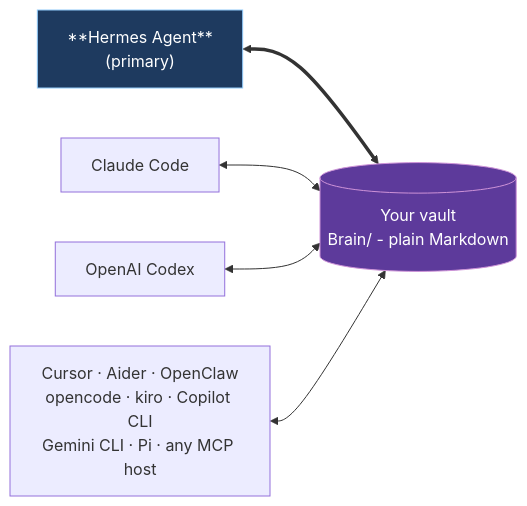
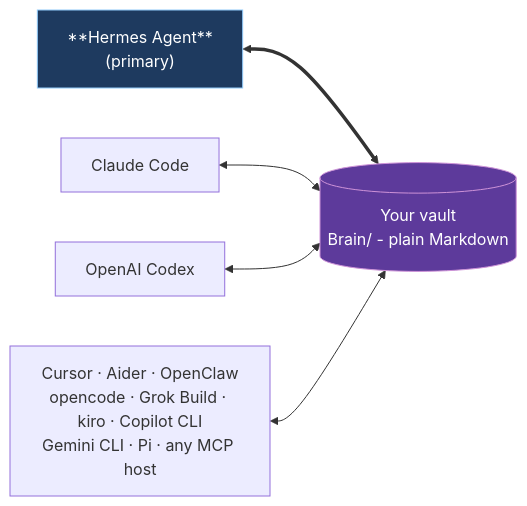
One commit to itechmeat/open-second-brain changed the diagram in README.md. Above: the diagram before and after it, drawn with Mermaid. The commit also changed other lines of this file and 51 other files, not shown here.

First line of the commit message:
feat: native Grok Build CLI integration - bundled plugin, hooks, session import (v1.4.0) (#91)

````diff
--- a/README.md
+++ b/README.md
@@ -18,16 +18,16 @@
 ```mermaid
 flowchart LR
     Vault[("Your vault<br/>Brain/ - plain Markdown")]
     Hermes["**Hermes Agent**<br/>(primary)"]
     CC[Claude Code]
     Codex[OpenAI Codex]
-    Others["Cursor · Aider · OpenClaw<br/>opencode · kiro · Copilot CLI<br/>Gemini CLI · Pi · any MCP host"]
+    Others["Cursor · Aider · OpenClaw<br/>opencode · Grok Build · kiro · Copilot CLI<br/>Gemini CLI · Pi · any MCP host"]
 
     Hermes <==> Vault
     CC <--> Vault
     Codex <--> Vault
     Others <--> Vault
 
     style Hermes fill:#1e3a5f,stroke:#90caf9,color:#fff
     style Vault fill:#5d3a9b,stroke:#ce93d8,color:#fff
 ```
````
